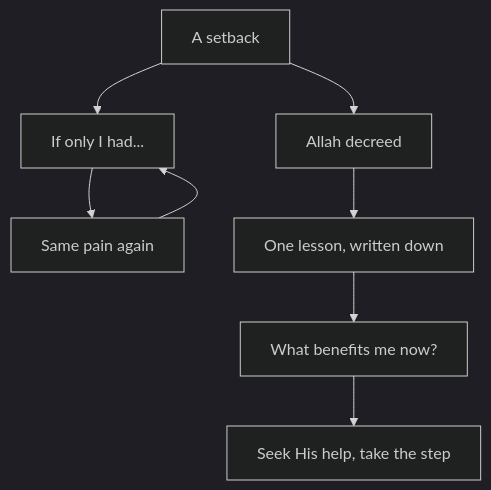
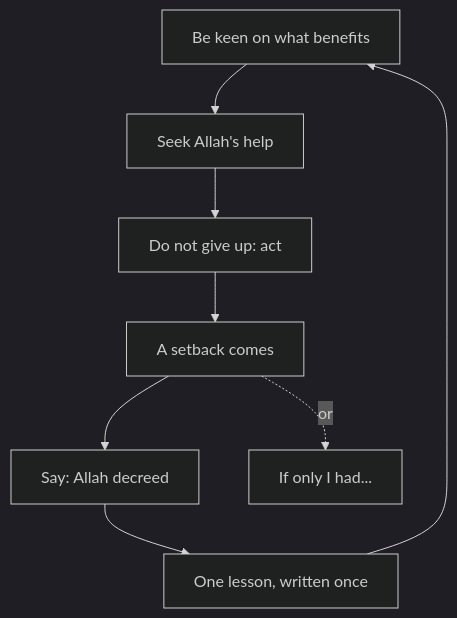
One commit to Muhammad-AnasKhan/Buildment changed the diagram in content/import/faith-and-resilience/01-anchors-when-the-future-is-unclear/01.04-qadr-and-effort.md. Above: the diagram before and after it, drawn with Mermaid (dark theme). The commit also changed other lines of this file and 21 other files, not shown here.

````diff
--- a/content/import/faith-and-resilience/01-anchors-when-the-future-is-unclear/01.04-qadr-and-effort.md
+++ b/content/import/faith-and-resilience/01-anchors-when-the-future-is-unclear/01.04-qadr-and-effort.md
@@ -84,10 +90,10 @@
 ```mermaid
 flowchart TD
-  A["A setback"] --> B["If only I had..."]
-  B --> C["Same pain again"]
-  C --> B
-  A --> D["Allah decreed"]
-  D --> E["One lesson, written down"]
-  E --> F["What benefits me now?"]
-  F --> G["Seek His help, take the step"]
+  A["Be keen on what benefits"] --> B["Seek Allah's help"]
+  B --> C["Do not give up: act"]
+  C --> D["A setback comes"]
+  D --> E["Say: Allah decreed"]
+  E --> F["One lesson, written once"]
+  F --> A
+  D -.->|"or"| G["If only I had..."]
 ```
````
